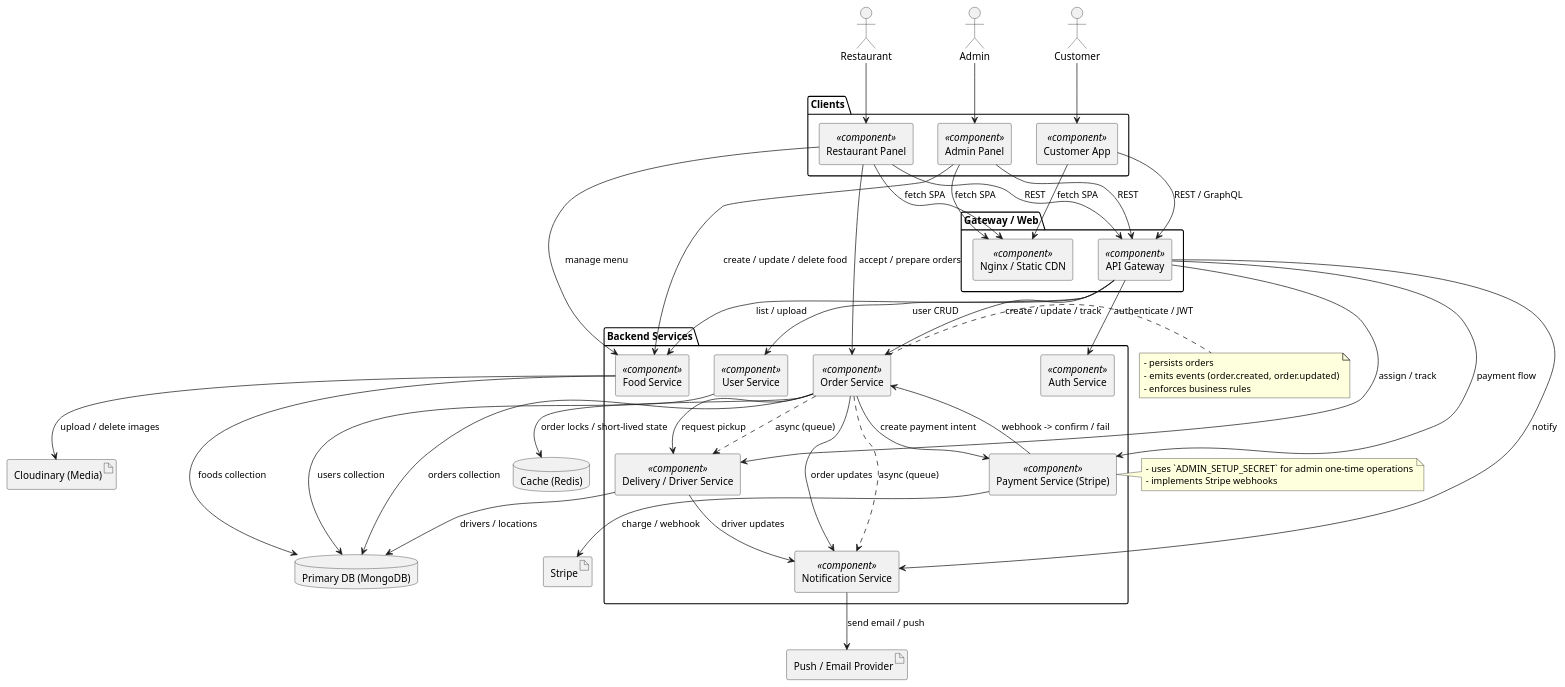
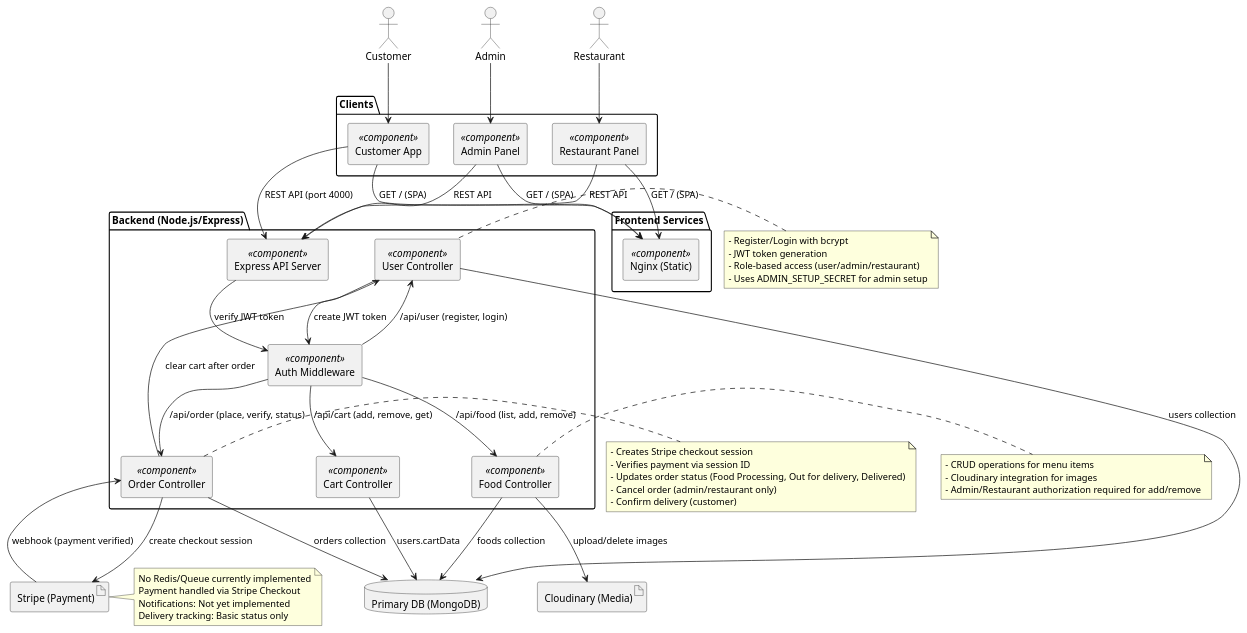
The diagram in diagrams/components.puml (Phamtinhicic/food_delivery_main), drawn with PlantUML before and after one commit. The commit also changed 5 other files, not shown here.

```diff
--- a/diagrams/components.puml
+++ b/diagrams/components.puml
@@ -1,99 +1,99 @@
 @startuml
 ' PlantUML component diagram for Food Delivery system
 ' Place this file in `diagrams/components.puml` and render with PlantUML (server, CLI, or VSCode ext).
 
 skinparam componentStyle rectangle
 skinparam shadowing false
 
 package "Clients" {
   [Customer App] <<component>>
   [Admin Panel] <<component>>
   [Restaurant Panel] <<component>>
 }
 
-package "Gateway / Web" {
-  [Nginx / Static CDN] <<component>>
-  [API Gateway] <<component>>
+package "Frontend Services" {
+  [Nginx (Static)] <<component>>
 }
 
-package "Backend Services" {
-  [Auth Service] <<component>>
-  [User Service] <<component>>
-  [Food Service] <<component>>
-  [Order Service] <<component>>
-  [Payment Service (Stripe)] <<component>>
-  [Notification Service] <<component>>
-  [Delivery / Driver Service] <<component>>
+package "Backend (Node.js/Express)" {
+  [Express API Server] <<component>>
+  [User Controller] <<component>>
+  [Food Controller] <<component>>
+  [Cart Controller] <<component>>
+  [Order Controller] <<component>>
+  [Auth Middleware] <<component>>
 }
 
 database "Primary DB (MongoDB)" as MongoDB
-database "Cache (Redis)" as Redis
 artifact "Cloudinary (Media)" as Cloudinary
-artifact "Stripe" as Stripe
-artifact "Push / Email Provider" as Provider
+artifact "Stripe (Payment)" as Stripe
 
-' Component relationships
-[Customer App] --> [Nginx / Static CDN] : fetch SPA
-[Admin Panel] --> [Nginx / Static CDN] : fetch SPA
-[Restaurant Panel] --> [Nginx / Static CDN] : fetch SPA
-
-[Customer App] --> [API Gateway] : REST / GraphQL
-[Admin Panel] --> [API Gateway] : REST
-[Restaurant Panel] --> [API Gateway] : REST
-
-[API Gateway] --> [Auth Service] : authenticate / JWT
-[API Gateway] --> [User Service] : user CRUD
-[API Gateway] --> [Food Service] : list / upload
-[API Gateway] --> [Order Service] : create / update / track
-[API Gateway] --> [Payment Service (Stripe)] : payment flow
-[API Gateway] --> [Notification Service] : notify
-[API Gateway] --> [Delivery / Driver Service] : assign / track
-
-' Service to DB / infra
-[User Service] --> MongoDB : users collection
-[Food Service] --> MongoDB : foods collection
-[Order Service] --> MongoDB : orders collection
-[Order Service] --> Redis : order locks / short-lived state
-[Delivery / Driver Service] --> MongoDB : drivers / locations
-
-' Integrations
-[Food Service] --> Cloudinary : upload / delete images
-[Payment Service (Stripe)] --> Stripe : charge / webhook
-[Notification Service] --> Provider : send email / push
-
-' Internal interactions
-[Order Service] --> [Payment Service (Stripe)] : create payment intent
-[Payment Service (Stripe)] --> [Order Service] : webhook -> confirm / fail
-[Order Service] --> [Notification Service] : order updates
-[Order Service] --> [Delivery / Driver Service] : request pickup
-[Delivery / Driver Service] --> [Notification Service] : driver updates
-
-' Admin and Restaurant specific interactions
-[Admin Panel] --> [Food Service] : create / update / delete food
-[Restaurant Panel] --> [Order Service] : accept / prepare orders
-[Restaurant Panel] --> [Food Service] : manage menu
-
-note right of [Order Service]
-  - persists orders
-  - emits events (order.created, order.updated)
-  - enforces business rules
+note right of Stripe
+  No Redis/Queue currently implemented
+  Payment handled via Stripe Checkout
+  Notifications: Not yet implemented
+  Delivery tracking: Basic status only
 end note
 
-note left of [Payment Service (Stripe)]
-  - uses `ADMIN_SETUP_SECRET` for admin one-time operations
-  - implements Stripe webhooks
+' Static file serving
+[Customer App] --> [Nginx (Static)] : GET / (SPA)
+[Admin Panel] --> [Nginx (Static)] : GET / (SPA)
+[Restaurant Panel] --> [Nginx (Static)] : GET / (SPA)
+
+' API calls
+[Customer App] --> [Express API Server] : REST API (port 4000)
+[Admin Panel] --> [Express API Server] : REST API
+[Restaurant Panel] --> [Express API Server] : REST API
+
+' Express routes to controllers
+[Express API Server] --> [Auth Middleware] : verify JWT token
+[Auth Middleware] --> [User Controller] : /api/user (register, login)
+[Auth Middleware] --> [Food Controller] : /api/food (list, add, remove)
+[Auth Middleware] --> [Cart Controller] : /api/cart (add, remove, get)
+[Auth Middleware] --> [Order Controller] : /api/order (place, verify, status)
+
+' Controllers to Database
+[User Controller] --> MongoDB : users collection
+[Food Controller] --> MongoDB : foods collection
+[Cart Controller] --> MongoDB : users.cartData
+[Order Controller] --> MongoDB : orders collection
+
+' External integrations
+[Food Controller] --> Cloudinary : upload/delete images
+[Order Controller] --> Stripe : create checkout session
+Stripe --> [Order Controller] : webhook (payment verified)
+
+' User operations
+[User Controller] -right-> [Auth Middleware] : create JWT token
+[Order Controller] -up-> [User Controller] : clear cart after order
+
+note right of [Order Controller]
+  - Creates Stripe checkout session
+  - Verifies payment via session ID
+  - Updates order status (Food Processing, Out for delivery, Delivered)
+  - Cancel order (admin/restaurant only)
+  - Confirm delivery (customer)
 end note
 
-' Optional background processing / queue
-[Order Service] ..> [Notification Service] : async (queue)
-[Order Service] ..> [Delivery / Driver Service] : async (queue)
+note left of [User Controller]
+  - Register/Login with bcrypt
+  - JWT token generation
+  - Role-based access (user/admin/restaurant)
+  - Uses ADMIN_SETUP_SECRET for admin setup
+end note
+
+note right of [Food Controller]
+  - CRUD operations for menu items
+  - Cloudinary integration for images
+  - Admin/Restaurant authorization required for add/remove
+end note
 
 ' External actors (optional)
 actor Customer
 actor Admin
 actor Restaurant
 Customer --> [Customer App]
 Admin --> [Admin Panel]
 Restaurant --> [Restaurant Panel]
 
 @enduml
```
